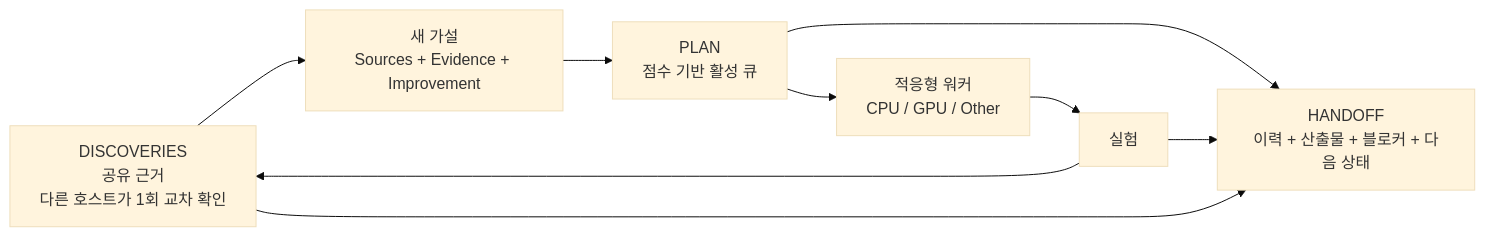
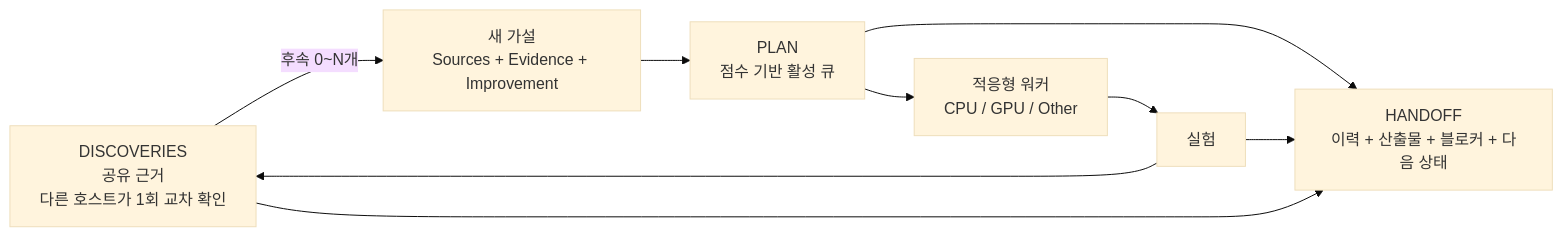
The first of 3 diagrams in README.ko.md (TaeyanG4/research-orchestrator-skill), drawn with Mermaid (base theme) before and after one commit. The commit also changed other lines of this file and 20 other files, not shown here.

````diff
--- a/README.ko.md
+++ b/README.ko.md
@@ -31,14 +31,15 @@
 ```mermaid
 flowchart LR
     D[DISCOVERIES<br/>공유 근거<br/>다른 호스트가 1회 교차 확인]
     H[새 가설<br/>Sources + Evidence + Improvement]
     P[PLAN<br/>점수 기반 활성 큐]
     W[적응형 워커<br/>CPU / GPU / Other]
     E[실험]
     O[HANDOFF<br/>이력 + 산출물 + 블로커 + 다음 상태]
 
-    D --> H --> P --> W --> E --> D
+    D -->|후속 0~N개| H
+    H --> P --> W --> E --> D
     P --> O
     E --> O
     D --> O
 ```
````
